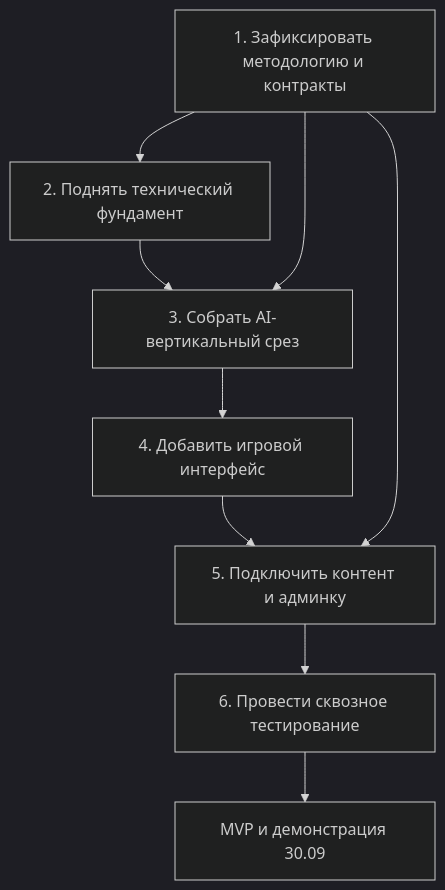
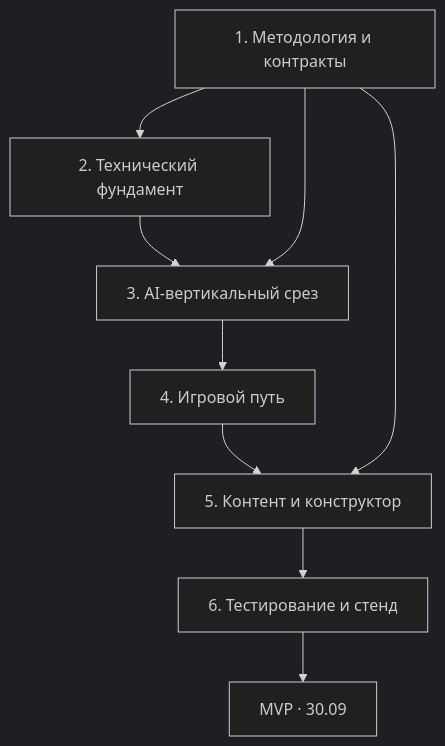
Before and after one commit to ILmanness/team_Komanda: the diagram in README.md, drawn with Mermaid (dark theme). The commit also changed other lines of this file, not shown here.

Commit message:
docs: keep README focused on MVP roadmap

````diff
--- a/README.md
+++ b/README.md
@@ -66,11 +7,11 @@
 ```mermaid
 flowchart TD
-    A["1. Зафиксировать методологию и контракты"] --> B["2. Поднять технический фундамент"]
-    B --> C["3. Собрать AI-вертикальный срез"]
-    C --> D["4. Добавить игровой интерфейс"]
-    D --> E["5. Подключить контент и админку"]
-    E --> F["6. Провести сквозное тестирование"]
-    F --> G["MVP и демонстрация 30.09"]
+    A["1. Методология и контракты"] --> B["2. Технический фундамент"]
+    B --> C["3. AI-вертикальный срез"]
+    C --> D["4. Игровой путь"]
+    D --> E["5. Контент и конструктор"]
+    E --> F["6. Тестирование и стенд"]
+    F --> G["MVP · 30.09"]
     A --> C
     A --> E
 ```
````
